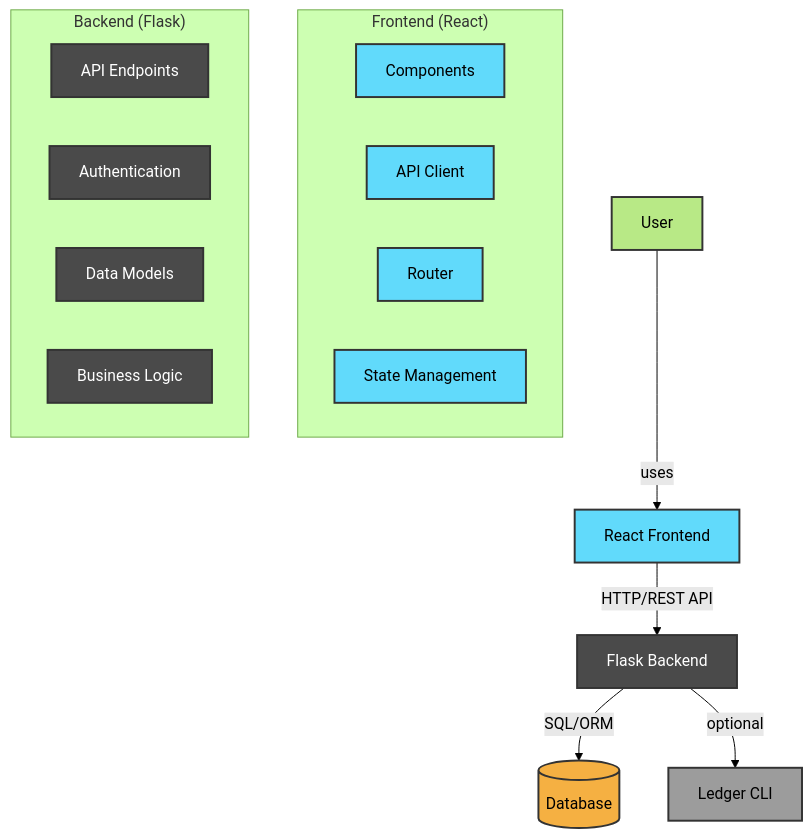
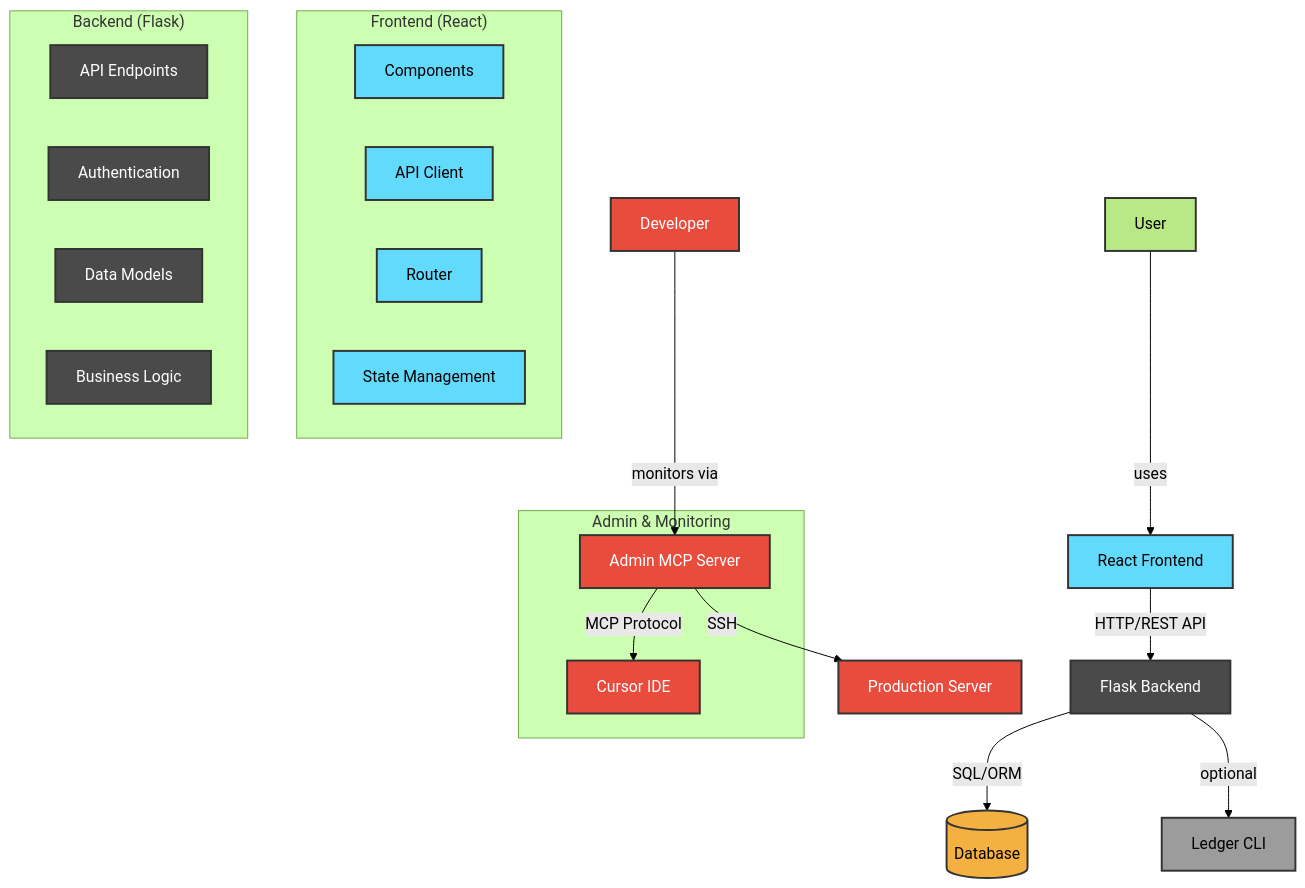
Before and after one commit to baijum/kanakku: the first of 10 diagrams in docs/architecture_diagrams.md, drawn with Mermaid (forest theme). The commit also changed other lines of this file and 2 other files, not shown here.

First line of the commit message:
feat: enhance documentation for Kanakku Admin Server and monitoring features

````diff
--- a/docs/architecture_diagrams.md
+++ b/docs/architecture_diagrams.md
@@ -7,33 +7,43 @@
 ```mermaid
 flowchart TD
     User[User] --> |uses| Frontend
+    Developer[Developer] --> |monitors via| AdminServer
     Frontend[React Frontend] --> |HTTP/REST API| Backend
     Backend[Flask Backend] --> |SQL/ORM| Database[(Database)]
     Backend --> |optional| Ledger[Ledger CLI]
+    AdminServer[Admin MCP Server] --> |SSH| ProductionServer[Production Server]
     
     subgraph "Frontend (React)"
         FrontComponents[Components]
         FrontAPI[API Client]
         FrontRouter[Router]
         FrontState[State Management]
     end
     
     subgraph "Backend (Flask)"
         BackAPI[API Endpoints]
         BackAuth[Authentication]
         BackModels[Data Models]
         BackServices[Business Logic]
     end
     
+    subgraph "Admin & Monitoring"
+        AdminServer
+        CursorIDE[Cursor IDE]
+        AdminServer --> |MCP Protocol| CursorIDE
+    end
+    
     classDef frontend fill:#61dafb,stroke:#333,stroke-width:2px;
     classDef backend fill:#4a4a4a,stroke:#333,stroke-width:2px,color:white;
     classDef database fill:#f5b042,stroke:#333,stroke-width:2px;
     classDef external fill:#9c9c9c,stroke:#333,stroke-width:2px;
     classDef user fill:#b8e986,stroke:#333,stroke-width:2px;
+    classDef admin fill:#e74c3c,stroke:#333,stroke-width:2px,color:white;
     
     class Frontend,FrontComponents,FrontAPI,FrontRouter,FrontState frontend;
     class Backend,BackAPI,BackAuth,BackModels,BackServices backend;
     class Database database;
     class Ledger external;
     class User user;
+    class AdminServer,CursorIDE,ProductionServer,Developer admin;
 ```
````
